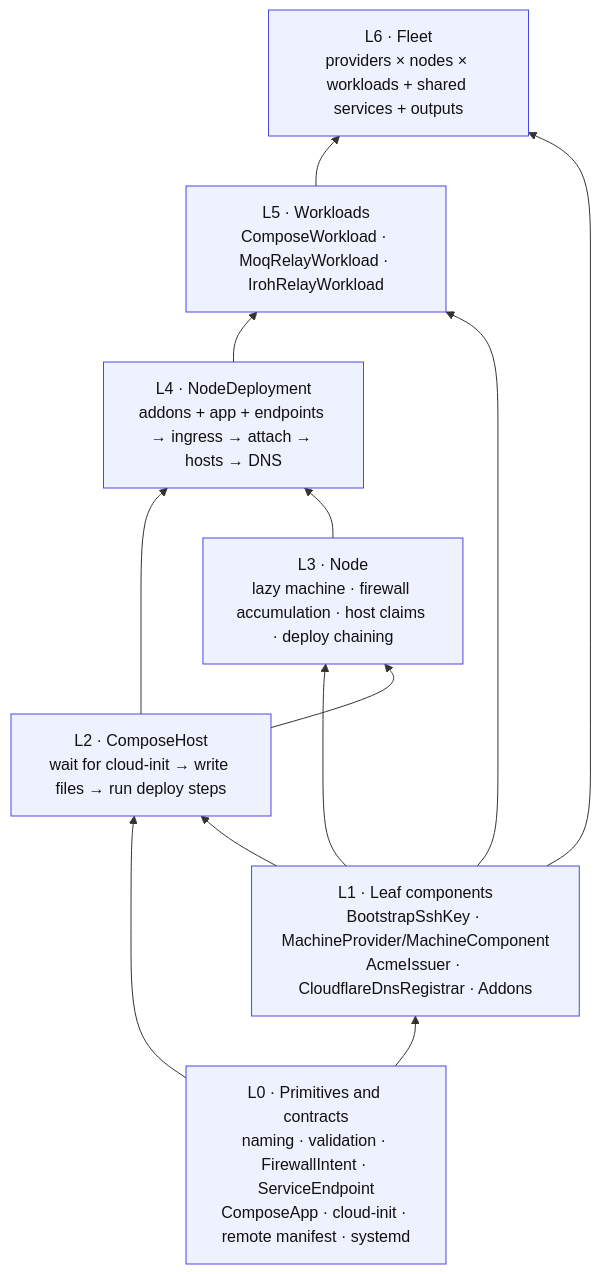
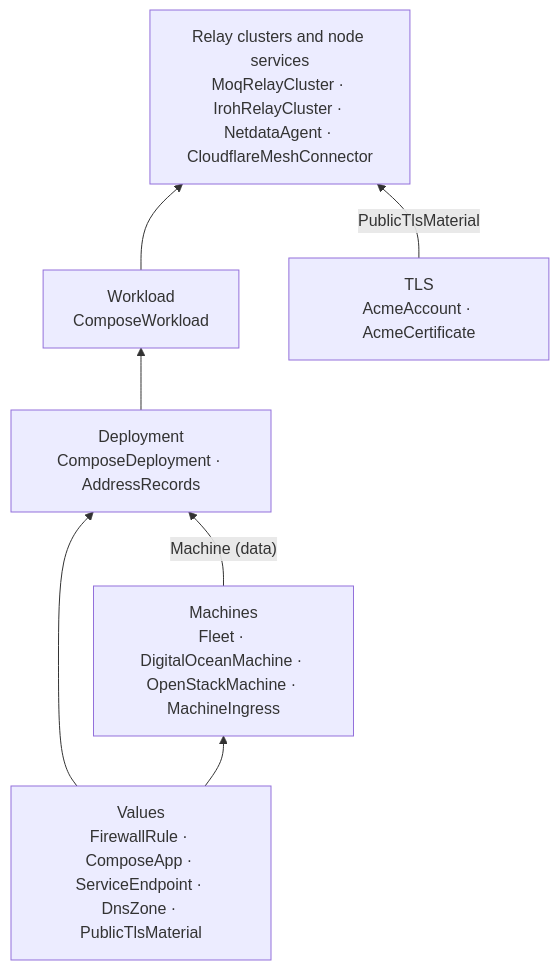
Before and after one commit to conservationtv/conservationtv: the diagram in packages/fleet/docs/topology/README.md, drawn with Mermaid. The commit also changed other lines of this file and 40 other files, not shown here.

First line of the commit message:
fleet: integrate slices, migrate controlplane stack, rewrite docs

````diff
--- a/packages/fleet/docs/topology/README.md
+++ b/packages/fleet/docs/topology/README.md
@@ -28,25 +6,16 @@
 ```mermaid
 flowchart BT
-  L0["L0 · Primitives and contracts<br/>naming · validation · FirewallIntent · ServiceEndpoint<br/>ComposeApp · cloud-init · remote manifest · systemd"]
-  L1["L1 · Leaf components<br/>BootstrapSshKey · MachineProvider/MachineComponent<br/>AcmeIssuer · CloudflareDnsRegistrar · Addons"]
-  L2["L2 · ComposeHost<br/>wait for cloud-init → write files → run deploy steps"]
-  L3["L3 · Node<br/>lazy machine · firewall accumulation · host claims · deploy chaining"]
-  L4["L4 · NodeDeployment<br/>addons + app + endpoints → ingress → attach → hosts → DNS"]
-  L5["L5 · Workloads<br/>ComposeWorkload · MoqRelayWorkload · IrohRelayWorkload"]
-  L6["L6 · Fleet<br/>providers × nodes × workloads + shared services + outputs"]
+  V["Values<br/>FirewallRule · ComposeApp · ServiceEndpoint · DnsZone · PublicTlsMaterial"]
+  M["Machines<br/>Fleet · DigitalOceanMachine · OpenStackMachine · MachineIngress"]
+  D["Deployment<br/>ComposeDeployment · AddressRecords"]
+  W["Workload<br/>ComposeWorkload"]
+  R["Relay clusters and node services<br/>MoqRelayCluster · IrohRelayCluster · NetdataAgent · CloudflareMeshConnector"]
+  T["TLS<br/>AcmeAccount · AcmeCertificate"]
 
-  L0 --> L1
-  L0 --> L2
-  L1 --> L2
-  L1 --> L3
-  L2 --> L3
-  L2 --> L4
-  L3 --> L4
-  L4 --> L5
-  L1 --> L5
-  L5 --> L6
-  L1 --> L6
-
-  classDef lvl fill:#eef2ff,stroke:#4f46e5,color:#111;
-  class L0,L1,L2,L3,L4,L5,L6 lvl;
+  V --> M
+  V --> D
+  M -- "Machine (data)" --> D
+  D --> W
+  W --> R
+  T -- "PublicTlsMaterial" --> R
 ```
````
